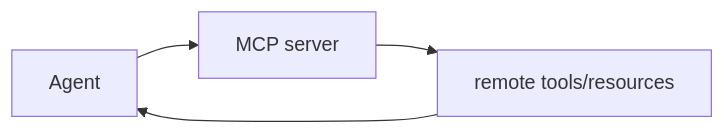
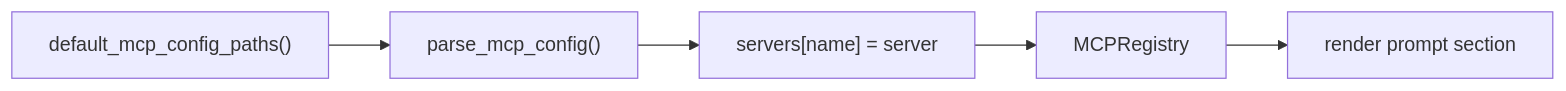
One commit to dzungtri/mini-claw-code changed the second of 2 diagrams in mini-claw-code-book-py/src/ch15-mcp.md. Above: the diagram before and after it, drawn with Mermaid. The commit also changed other lines of this file and 20 other files, not shown here.

````diff
--- a/mini-claw-code-book-py/src/ch15-mcp.md
+++ b/mini-claw-code-book-py/src/ch15-mcp.md
@@ -7,6 +319,7 @@
 ```mermaid
 flowchart LR
-    Agent --> MCPServer["MCP server"]
-    MCPServer --> RemoteTools["remote tools/resources"]
-    RemoteTools --> Agent
+    Paths["default_mcp_config_paths()"] --> Parse["parse_mcp_config()"]
+    Parse --> Merge["servers[name] = server"]
+    Merge --> Registry["MCPRegistry"]
+    Registry --> Prompt["render prompt section"]
 ```
````
